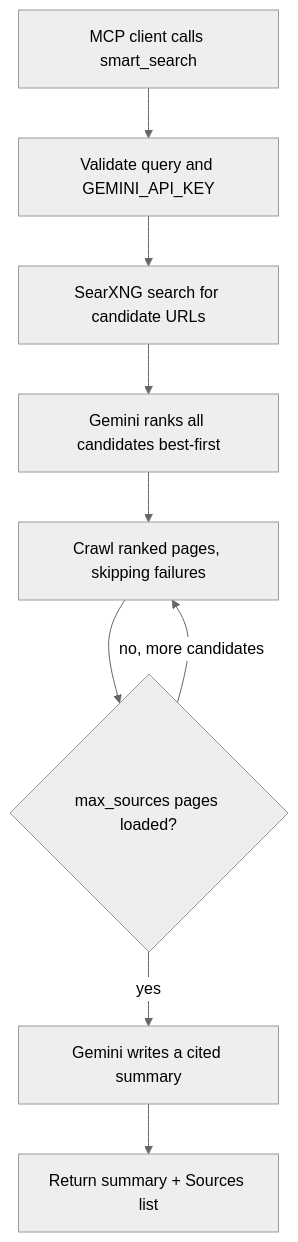
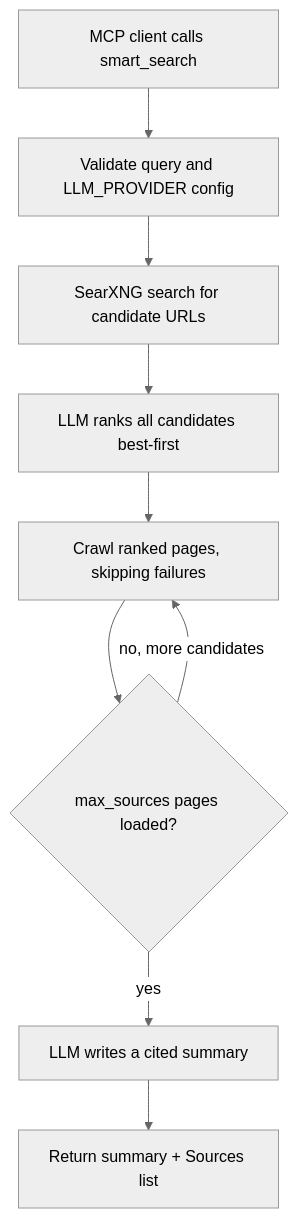
The diagram in docs/smart_search.md (mymacmeet-crypto/local-mcp), drawn with Mermaid (neutral theme) before and after one commit. The commit also changed other lines of this file and 14 other files, not shown here.

First line of the commit message:
feat: support local Ollama as default LLM backend for smart_search

````diff
--- a/docs/smart_search.md
+++ b/docs/smart_search.md
@@ -16,11 +21,11 @@
 ```mermaid
 flowchart TD
-    A[MCP client calls smart_search] --> B[Validate query and GEMINI_API_KEY]
+    A[MCP client calls smart_search] --> B[Validate query and LLM_PROVIDER config]
     B --> C[SearXNG search for candidate URLs]
-    C --> D[Gemini ranks all candidates best-first]
+    C --> D[LLM ranks all candidates best-first]
     D --> E[Crawl ranked pages, skipping failures]
     E --> F{max_sources pages loaded?}
     F -- no, more candidates --> E
-    F -- yes --> G[Gemini writes a cited summary]
+    F -- yes --> G[LLM writes a cited summary]
     G --> H[Return summary + Sources list]
 ```
````
